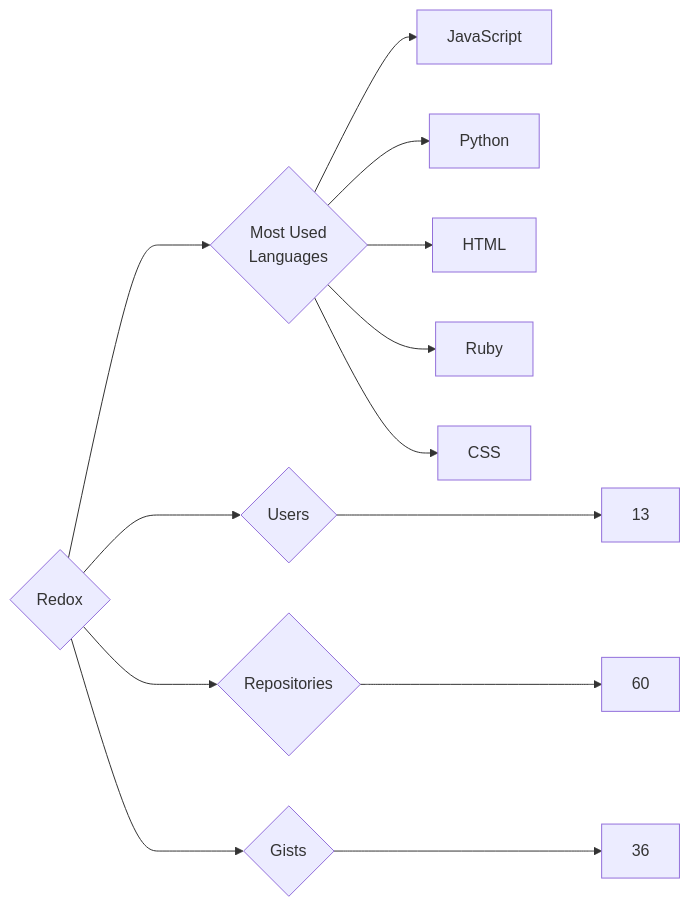
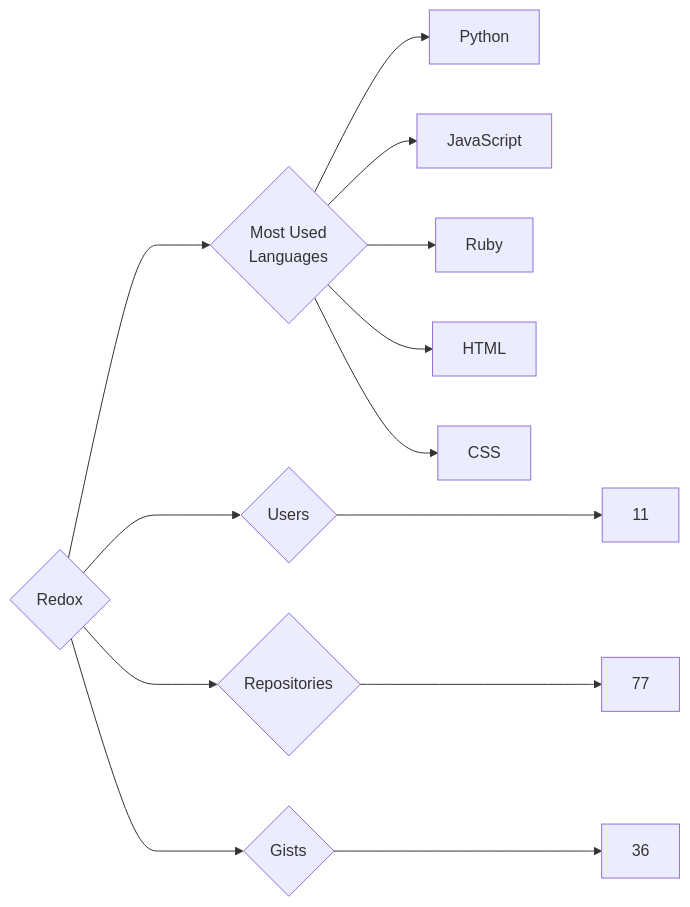
Before and after one commit to trickest/insiders: the diagram in targets/Redox/README.md, drawn with Mermaid. The commit also changed 823 other files, not shown here.

````diff
--- a/targets/Redox/README.md
+++ b/targets/Redox/README.md
@@ -3,13 +3,13 @@
 ```mermaid
 graph LR
 COMPANY_NAME{Redox}
-COMPANY_NAME ---> U{Users} ---> UN[13]
-COMPANY_NAME ---> R{Repositories} ---> RN[60]
+COMPANY_NAME ---> U{Users} ---> UN[11]
+COMPANY_NAME ---> R{Repositories} ---> RN[77]
 COMPANY_NAME ---> G{Gists} ---> GN[36]
 COMPANY_NAME ---> ML{Most Used<br>Languages}
+ML --> Python[Python]
 ML --> JavaScript[JavaScript]
-ML --> Python[Python]
+ML --> Ruby[Ruby]
 ML --> HTML[HTML]
-ML --> Ruby[Ruby]
 ML --> CSS[CSS]
 ```
````
